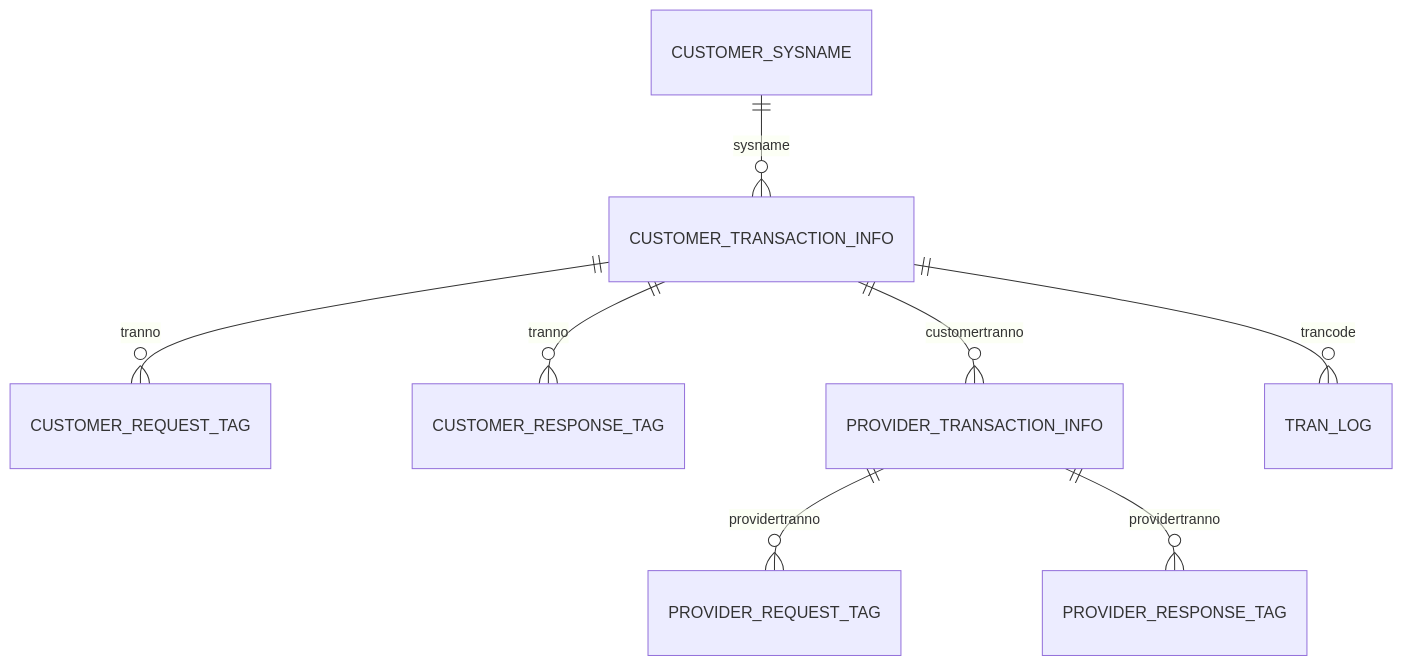
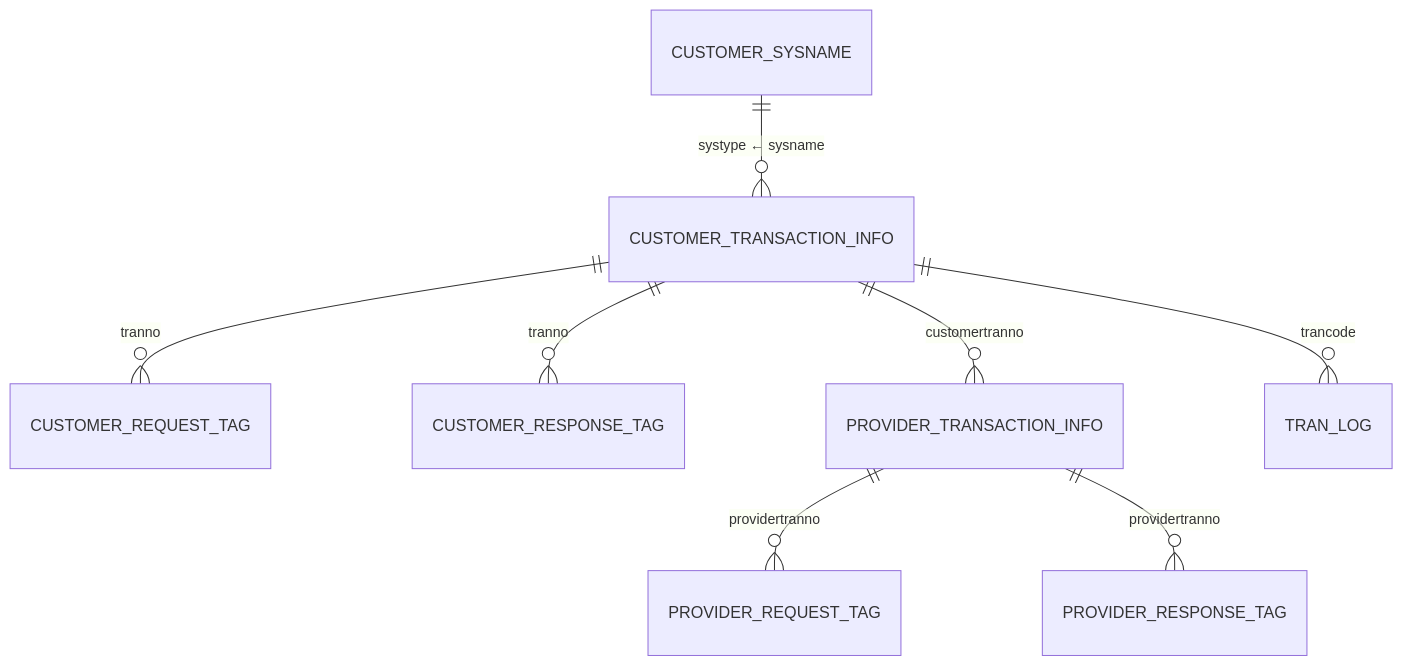
Before and after one commit to xsliu1989/xsesb: the seventh of 7 diagrams in docs/02-概要设计.md, drawn with Mermaid. The commit also changed other lines of this file and 189 other files, not shown here.

````diff
--- a/docs/02-概要设计.md
+++ b/docs/02-概要设计.md
@@ -336,10 +336,10 @@
 ```mermaid
 erDiagram
-    CUSTOMER_SYSNAME ||--o{ CUSTOMER_TRANSACTION_INFO : "sysname"
+    CUSTOMER_SYSNAME ||--o{ CUSTOMER_TRANSACTION_INFO : "systype ← sysname"
     CUSTOMER_TRANSACTION_INFO ||--o{ CUSTOMER_REQUEST_TAG : "tranno"
     CUSTOMER_TRANSACTION_INFO ||--o{ CUSTOMER_RESPONSE_TAG : "tranno"
     CUSTOMER_TRANSACTION_INFO ||--o{ PROVIDER_TRANSACTION_INFO : "customertranno"
     PROVIDER_TRANSACTION_INFO ||--o{ PROVIDER_REQUEST_TAG : "providertranno"
     PROVIDER_TRANSACTION_INFO ||--o{ PROVIDER_RESPONSE_TAG : "providertranno"
     CUSTOMER_TRANSACTION_INFO ||--o{ TRAN_LOG : "trancode"
 ```
````
